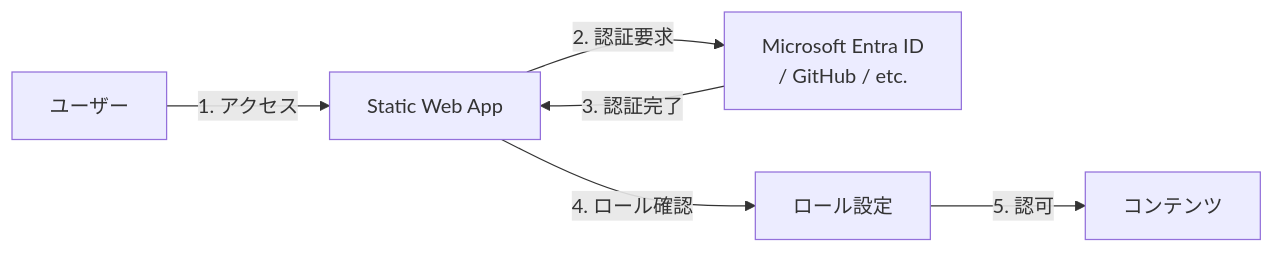
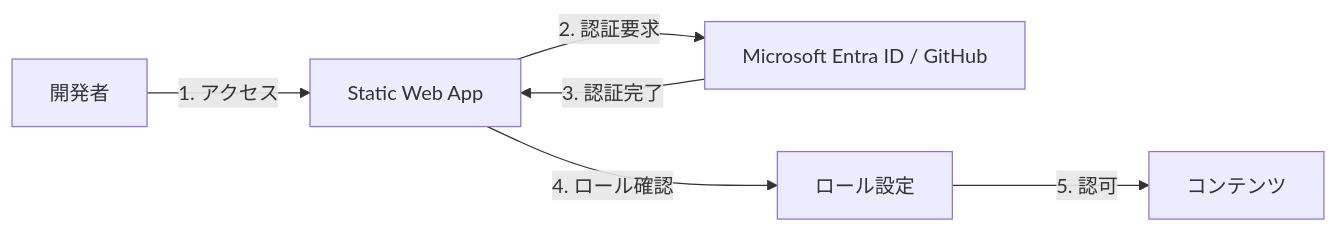
One commit to ssd-mkdocs-platform/ssd-mkdocs-sample changed the sixth of 6 diagrams in docs/アーキテクチャー/deploy-architecture.md. Above: the diagram before and after it, drawn with Mermaid. The commit also changed other lines of this file and 6 other files, not shown here.

````diff
--- a/docs/アーキテクチャー/deploy-architecture.md
+++ b/docs/アーキテクチャー/deploy-architecture.md
@@ -208,8 +212,8 @@
 ```mermaid
 flowchart LR
-    User["ユーザー"] -->|1. アクセス| SWA["Static Web App"]
-    SWA -->|2. 認証要求| AAD["Microsoft Entra ID<br/>/ GitHub / etc."]
-    AAD -->|3. 認証完了| SWA
+    Dev["開発者"] -->|1. アクセス| SWA["Static Web App"]
+    SWA -->|2. 認証要求| Entra["Microsoft Entra ID / GitHub"]
+    Entra -->|3. 認証完了| SWA
     SWA -->|4. ロール確認| Roles["ロール設定"]
     Roles -->|5. 認可| Content["コンテンツ"]
 ```
````
